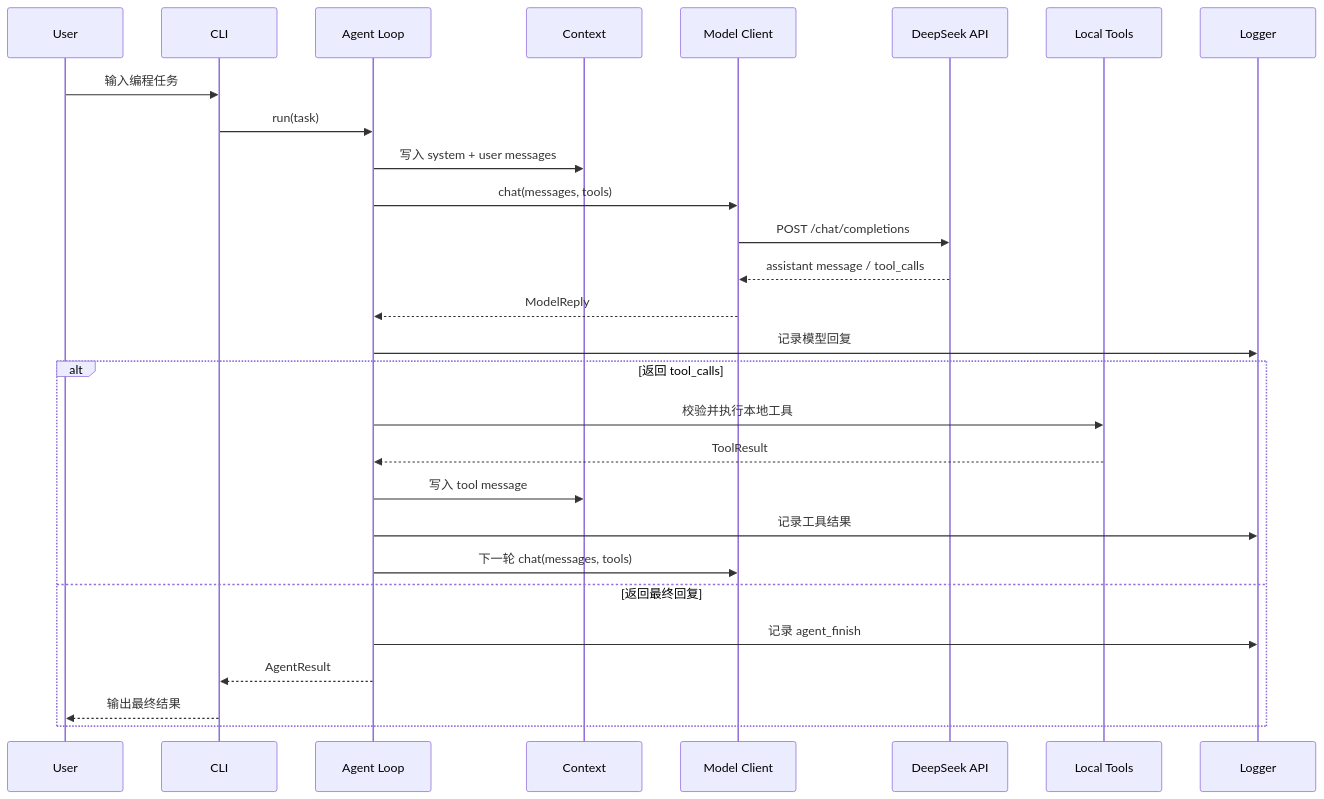
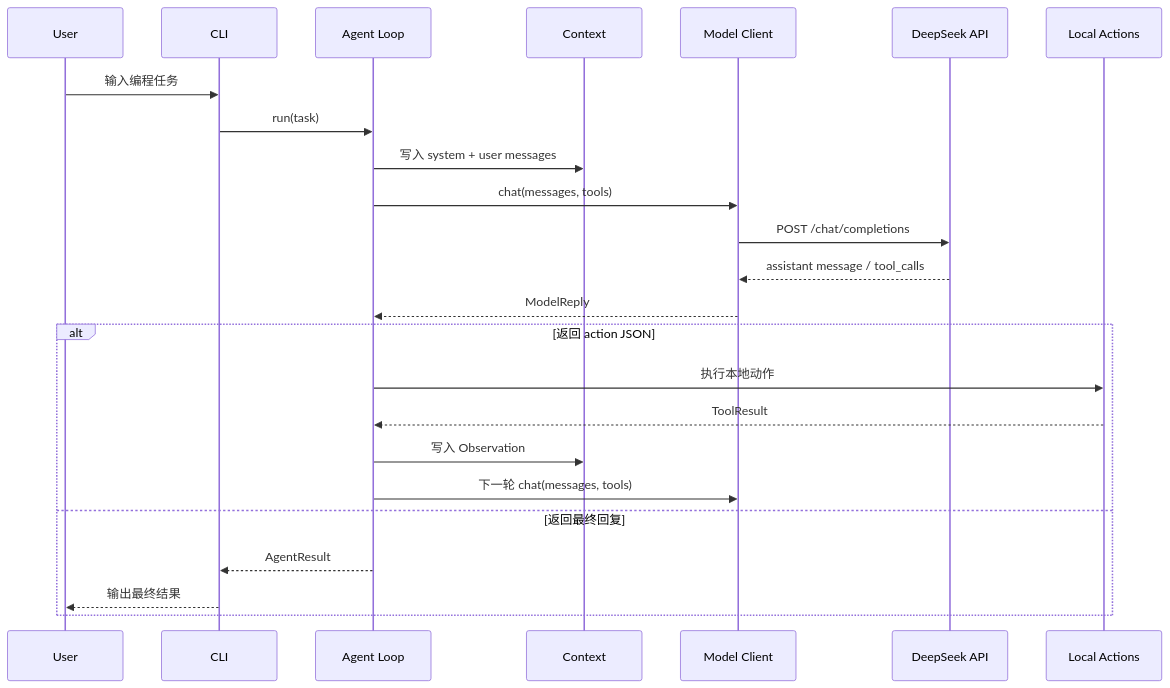
The second of 3 diagrams in 开发文档/05_Harness架构图.md (Konoha-Kai/nju_coding_agent), drawn with Mermaid before and after one commit. The commit also changed other lines of this file and 16 other files, not shown here.

````diff
--- a/开发文档/05_Harness架构图.md
+++ b/开发文档/05_Harness架构图.md
@@ -36,32 +31,28 @@
 ```mermaid
 sequenceDiagram
     participant U as User
     participant CLI as CLI
     participant A as Agent Loop
     participant C as Context
     participant M as Model Client
     participant D as DeepSeek API
-    participant T as Local Tools
-    participant L as Logger
+    participant T as Local Actions
 
     U->>CLI: 输入编程任务
     CLI->>A: run(task)
     A->>C: 写入 system + user messages
     A->>M: chat(messages, tools)
     M->>D: POST /chat/completions
     D-->>M: assistant message / tool_calls
     M-->>A: ModelReply
-    A->>L: 记录模型回复
 
-    alt 返回 tool_calls
-        A->>T: 校验并执行本地工具
+    alt 返回 action JSON
+        A->>T: 执行本地动作
         T-->>A: ToolResult
-        A->>C: 写入 tool message
-        A->>L: 记录工具结果
+        A->>C: 写入 Observation
         A->>M: 下一轮 chat(messages, tools)
     else 返回最终回复
-        A->>L: 记录 agent_finish
         A-->>CLI: AgentResult
         CLI-->>U: 输出最终结果
     end
 ```
````
